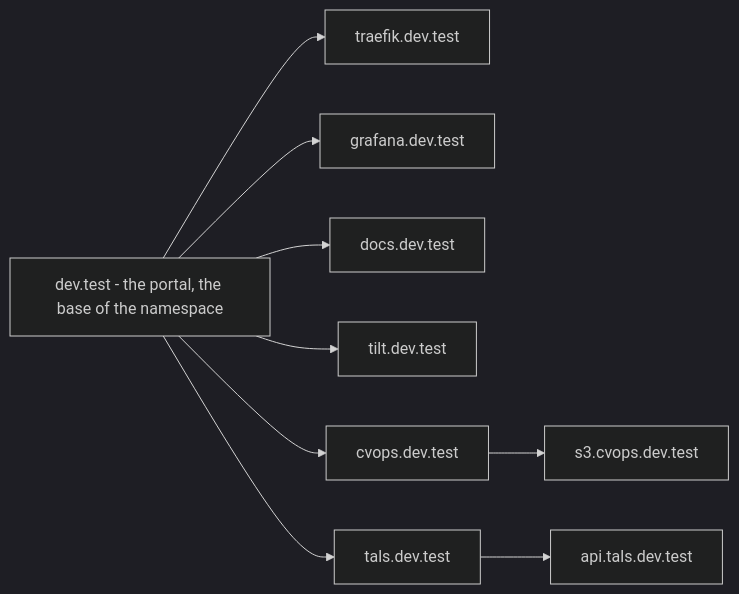
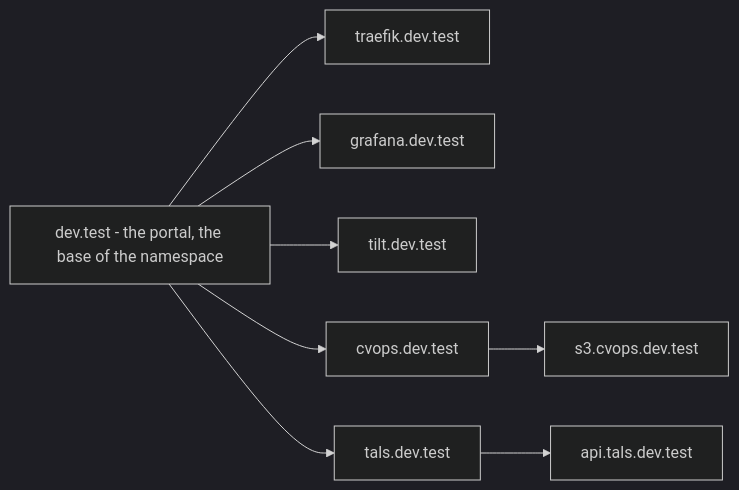
The fourth of 6 diagrams in docs/ARCHITECTURE.md (YehudaBriskman/Bothy), drawn with Mermaid (dark theme) before and after one commit. The commit also changed other lines of this file and 17 other files, not shown here.

````diff
--- a/docs/ARCHITECTURE.md
+++ b/docs/ARCHITECTURE.md
@@ -450,15 +451,14 @@
 ```mermaid
 flowchart LR
     BASE["dev.test - the portal, the base of the namespace"]
 
     BASE --> TRA["traefik.dev.test"]
     BASE --> GRA["grafana.dev.test"]
-    BASE --> DOC["docs.dev.test"]
     BASE --> TIL["tilt.dev.test"]
 
     BASE --> CVO["cvops.dev.test"]
     CVO --> CS3["s3.cvops.dev.test"]
 
     BASE --> TAL["tals.dev.test"]
     TAL --> TAPI["api.tals.dev.test"]
 ```
````
